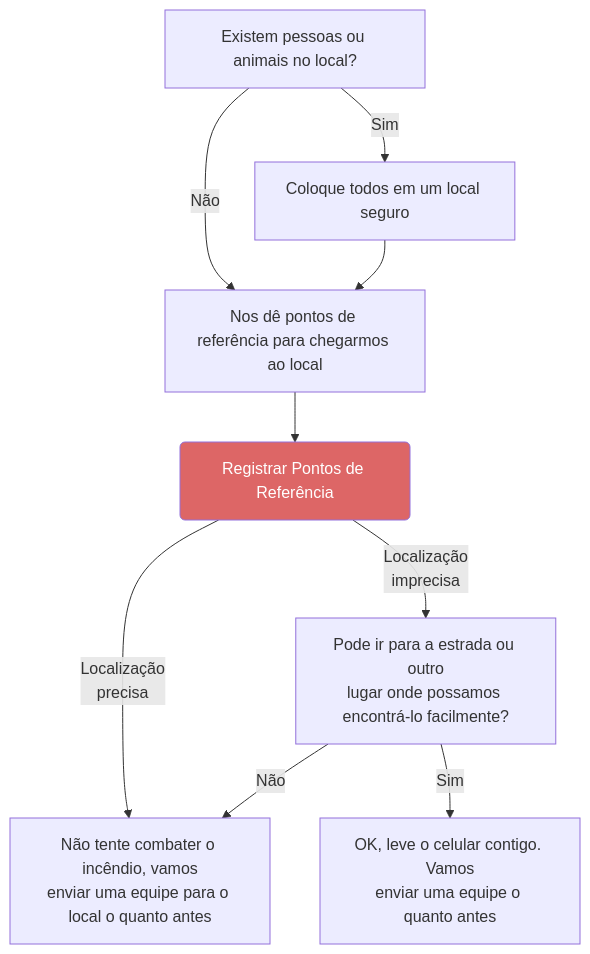
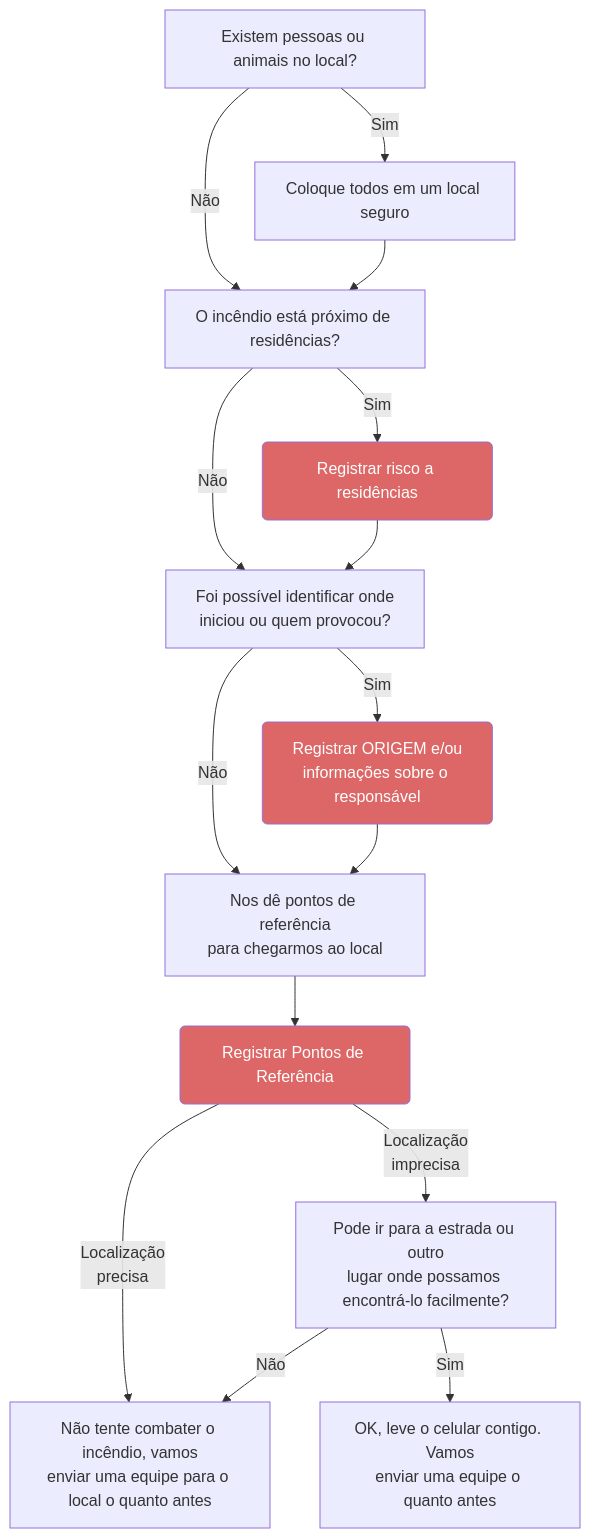
One commit to winstein27/protocolo-193 changed the diagram in docs/operacoes/incendio_vegetacao.mdx. Above: the diagram before and after it, drawn with Mermaid.

Commit message:
Incêndio Vegetação atualizado

````diff
--- a/docs/operacoes/incendio_vegetacao.mdx
+++ b/docs/operacoes/incendio_vegetacao.mdx
@@ -8,13 +8,19 @@
 ```mermaid
 graph TD;
     existe_pessoa["Existem pessoas ou animais no local?"]-->|Sim|pedir_sair["Coloque todos em um local seguro"]
-    existe_pessoa -->|Não| ponto_referencia["Nos dê pontos de referência para chegarmos ao local"]
-    pedir_sair --> ponto_referencia
+    existe_pessoa -->|Não| ameaca_casa["O incêndio está próximo de residências?"]
+    pedir_sair --> ameaca_casa
+    ameaca_casa --> |Sim|registrar_risco_residencia(Registrar risco a residências):::atendente
+    ameaca_casa --> |Não|identificacao_origem["Foi possível identificar onde\niniciou ou quem provocou?"]
+    registrar_risco_residencia --> identificacao_origem
+    identificacao_origem --> |Sim|registrar_origem(Registrar ORIGEM e/ou\ninformações sobre o responsável):::atendente
+    identificacao_origem --> |Não|ponto_referencia["Nos dê pontos de referência\npara chegarmos ao local"]
+    registrar_origem --> ponto_referencia
     ponto_referencia --> registrar_pontos(Registrar Pontos de Referência):::atendente
     registrar_pontos --> |Localização\nprecisa|orientacao_final["Não tente combater o incêndio, vamos\nenviar uma equipe para o local o quanto antes"]
     registrar_pontos --> |Localização\nimprecisa|ir_para_estrada["Pode ir para a estrada ou outro\nlugar onde possamos encontrá-lo facilmente?"]
     ir_para_estrada --> |Sim|levar_celular["OK, leve o celular contigo. Vamos\nenviar uma equipe o quanto antes"]
     ir_para_estrada --> |Não|orientacao_final
 
     classDef atendente fill:#d66, color:#fff
 ```
````
